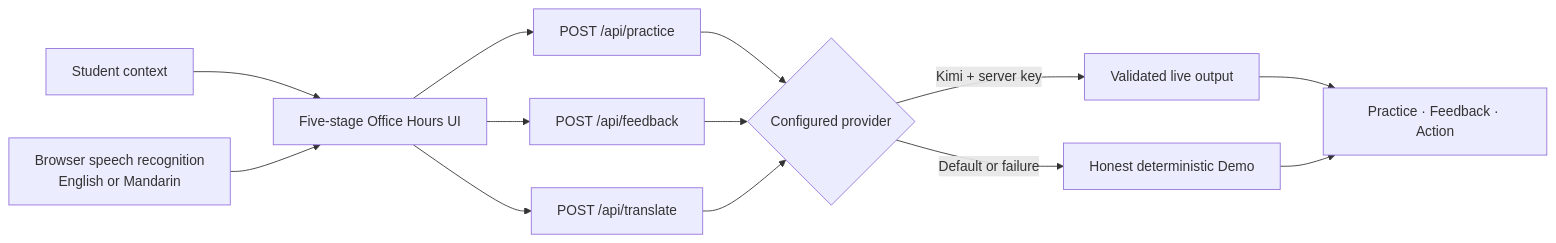
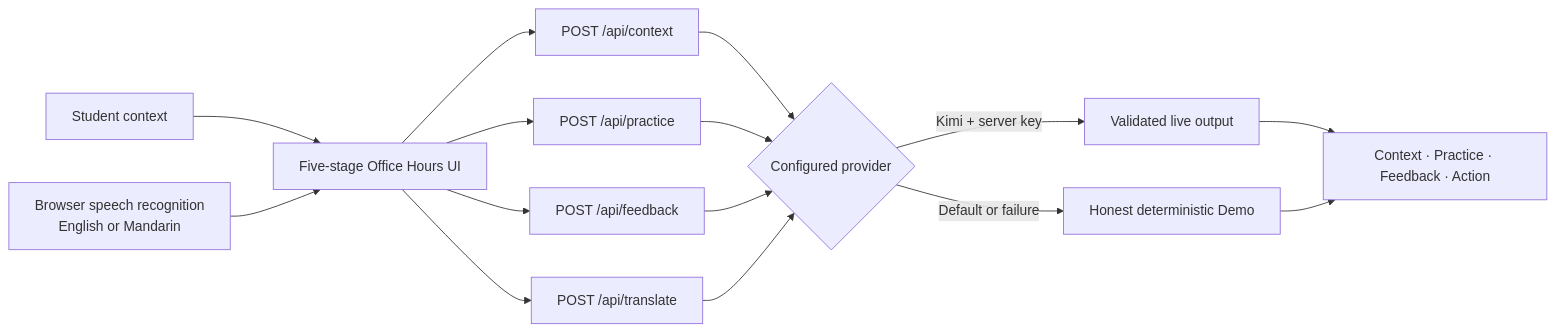
Before and after one commit to zhoulinhua0-star/campus-decoder: the diagram in README.md, drawn with Mermaid. The commit also changed other lines of this file and 11 other files, not shown here.

````diff
--- a/README.md
+++ b/README.md
@@ -83,15 +84,17 @@
 ```mermaid
 flowchart LR
     A["Student context"] --> B["Five-stage Office Hours UI"]
     V["Browser speech recognition\nEnglish or Mandarin"] --> B
+    B --> C["POST /api/context"]
     B --> P["POST /api/practice"]
     B --> F["POST /api/feedback"]
     B --> T["POST /api/translate"]
+    C --> S
     P --> S{"Configured provider"}
     F --> S
     T --> S
     S -- "Kimi + server key" --> K["Validated live output"]
     S -- "Default or failure" --> D["Honest deterministic Demo"]
-    K --> O["Practice · Feedback · Action"]
+    K --> O["Context · Practice · Feedback · Action"]
     D --> O
 ```
````
